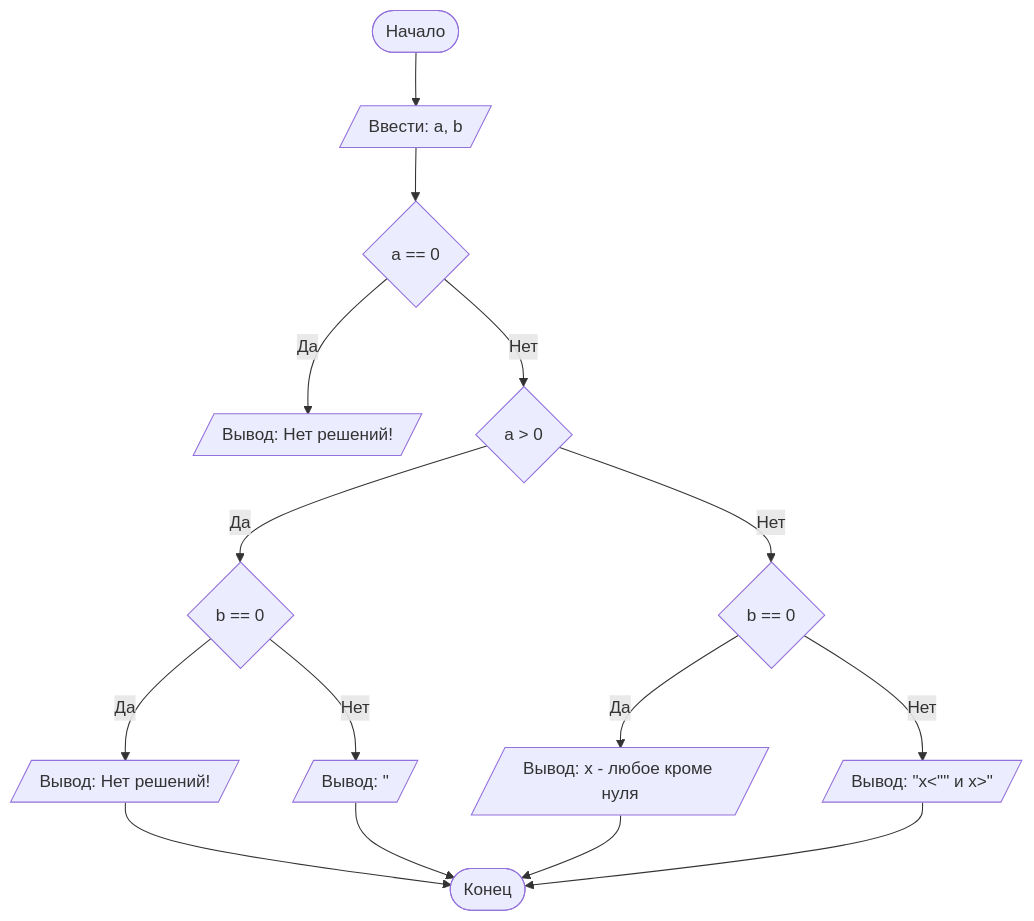
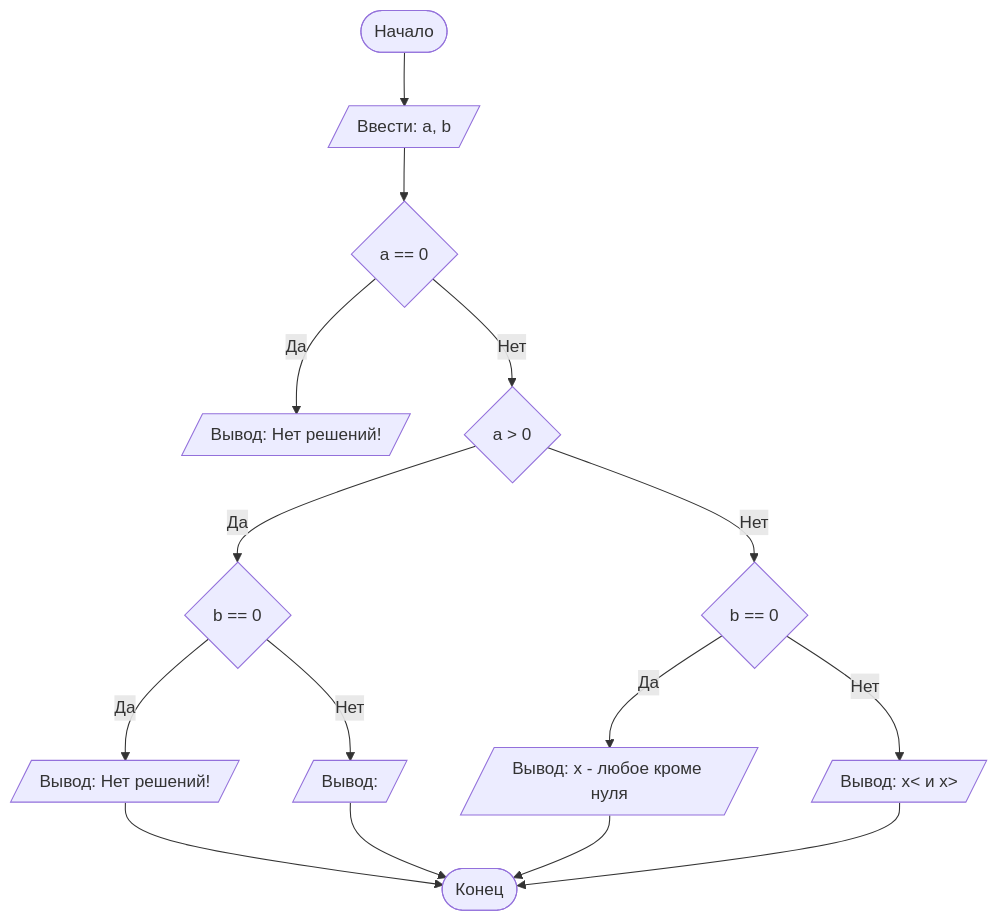
The diagram in README.md (vadim2004pleshakov/Lab1), drawn with Mermaid before and after one commit.

Commit message:
README.md

````diff
--- a/README.md
+++ b/README.md
@@ -85,18 +85,18 @@
 ```mermaid
 graph TD
     A([Начало]) --> B[/Ввести: a, b/]
     B -->C{a == 0}
     C -- Да --> D[/Вывод: Нет решений!/]
     C -- Нет --> E{a > 0}
     E -- Да --> F{b == 0}
     F -- Да --> G[/Вывод: Нет решений!/]
-    F -- Нет --> T[/Вывод: "<x<"/]
+    F -- Нет --> T[/Вывод: <x</]
     E -- Нет --> I{b == 0}
     I -- Да --> J[/Вывод: x - любое кроме нуля/]
-    I -- Нет --> K[/Вывод: "x<"" и x>"/]
+    I -- Нет --> K[/Вывод: x< и x>/]
     G --> L
     T --> L
     J --> L
     K --> L([Конец])
 
 ```
````
